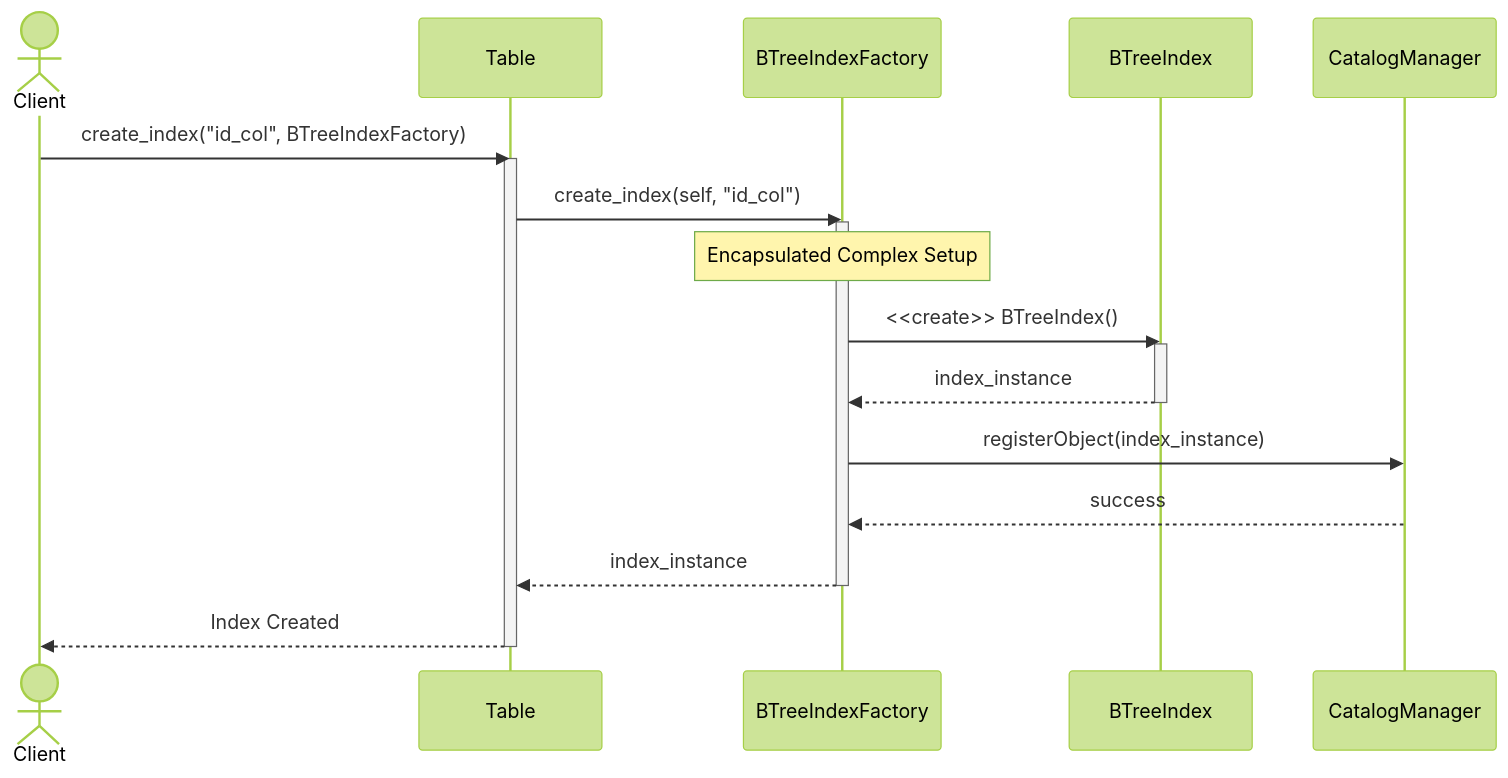
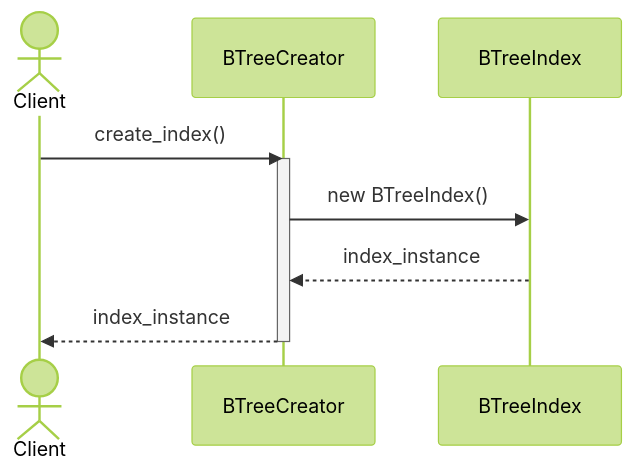
One commit to TamBui1706/DBMS changed the fourth of 20 diagrams in DPSuggest.md. Above: the diagram before and after it, drawn with Mermaid (forest theme). The commit also changed other lines of this file, not shown here.

Commit message:
table Design Patterns

````diff
--- a/DPSuggest.md
+++ b/DPSuggest.md
@@ -221,29 +154,13 @@
 ```mermaid
 sequenceDiagram
     actor Client
-    participant Tbl as Table
-    participant Fct as BTreeIndexFactory
-    participant Idx as BTreeIndex
-    participant Cat as CatalogManager
-
-    Client->>Tbl: create_index("id_col", BTreeIndexFactory)
-    activate Tbl
+    participant Creator as BTreeCreator
+    participant Index as BTreeIndex
     
-    Tbl->>Fct: create_index(self, "id_col")
-    activate Fct
-    
-    Note over Fct: Encapsulated Complex Setup
-    Fct->>Idx: <<create>> BTreeIndex()
-    activate Idx
-    Idx-->>Fct: index_instance
-    deactivate Idx
-    
-    Fct->>Cat: registerObject(index_instance)
-    Cat-->>Fct: success
-    
-    Fct-->>Tbl: index_instance
-    deactivate Fct
-    
-    Tbl-->>Client: Index Created
-    deactivate Tbl
+    Client->>Creator: create_index()
+    activate Creator
+    Creator->>Index: new BTreeIndex()
+    Index-->>Creator: index_instance
+    Creator-->>Client: index_instance
+    deactivate Creator
 ```
````
